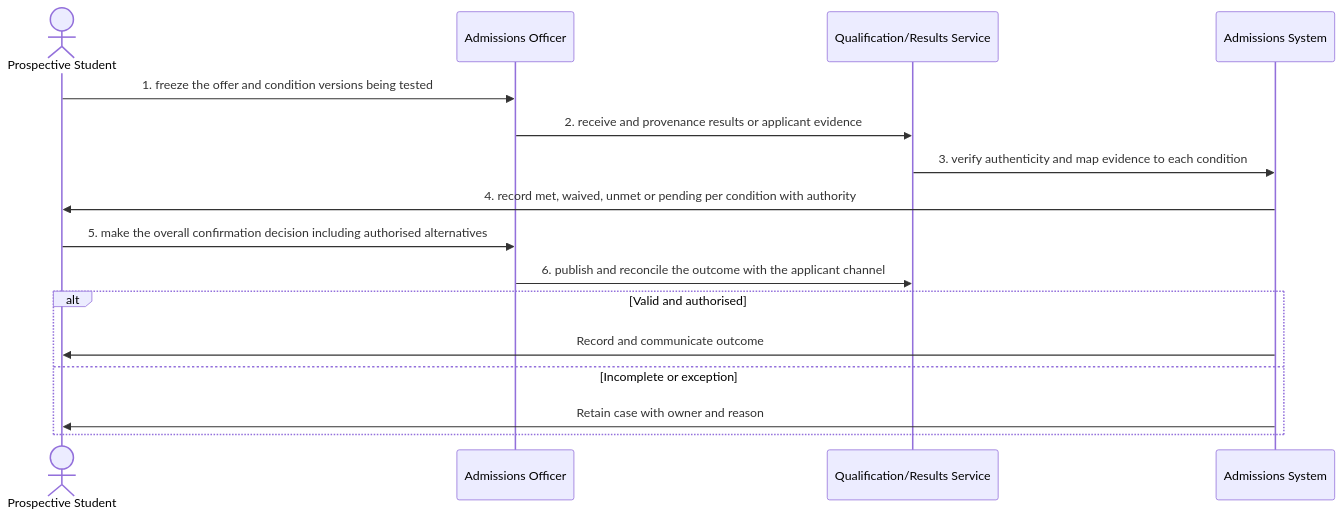
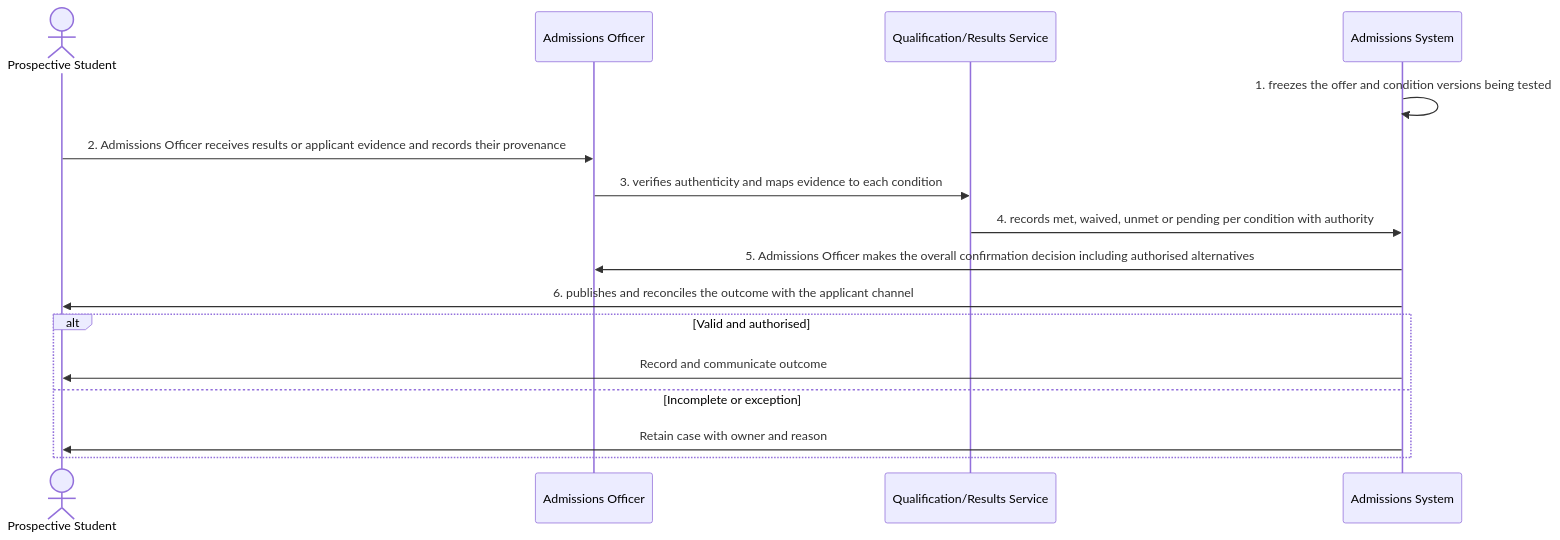
The diagram in docs/business-processes/01-recruitment-and-admissions/bp-01-004-confirm-offer-conditions.md (RevelationCore/Revelation-SRS), drawn with Mermaid before and after one commit. The commit also changed other lines of this file and 96 other files, not shown here.

````diff
--- a/docs/business-processes/01-recruitment-and-admissions/bp-01-004-confirm-offer-conditions.md
+++ b/docs/business-processes/01-recruitment-and-admissions/bp-01-004-confirm-offer-conditions.md
@@ -159,18 +159,18 @@
 ```mermaid
 sequenceDiagram
     actor A1 as Prospective Student
     participant A2 as Admissions Officer
     participant A3 as Qualification/Results Service
     participant A4 as Admissions System
-    A1->>A2: 1. freeze the offer and condition versions being tested
-    A2->>A3: 2. receive and provenance results or applicant evidence
-    A3->>A4: 3. verify authenticity and map evidence to each condition
-    A4->>A1: 4. record met, waived, unmet or pending per condition with authority
-    A1->>A2: 5. make the overall confirmation decision including authorised alternatives
-    A2->>A3: 6. publish and reconcile the outcome with the applicant channel
+    A4->>A4: 1. freezes the offer and condition versions being tested
+    A1->>A2: 2. Admissions Officer receives results or applicant evidence and records their provenance
+    A2->>A3: 3. verifies authenticity and maps evidence to each condition
+    A3->>A4: 4. records met, waived, unmet or pending per condition with authority
+    A4->>A2: 5. Admissions Officer makes the overall confirmation decision including authorised alternatives
+    A4->>A1: 6. publishes and reconciles the outcome with the applicant channel
     alt Valid and authorised
         A4->>A1: Record and communicate outcome
     else Incomplete or exception
         A4->>A1: Retain case with owner and reason
     end
 ```
````
